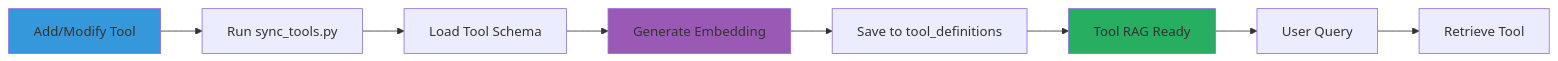
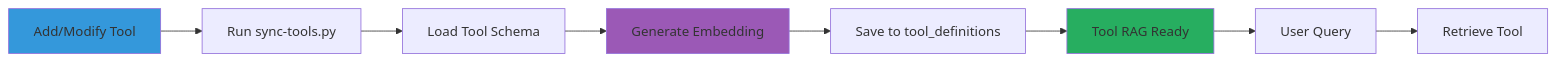
The sixth of 14 diagrams in docs/JARVIS_WORKFLOW.md (bigsk1/jarvis-voice), drawn with Mermaid before and after one commit. The commit also changed other lines of this file and 58 other files, not shown here.

````diff
--- a/docs/JARVIS_WORKFLOW.md
+++ b/docs/JARVIS_WORKFLOW.md
@@ -442,15 +442,15 @@
 ```mermaid
 graph LR
-    AddTool[Add/Modify Tool] --> SyncScript[Run sync_tools.py]
+    AddTool[Add/Modify Tool] --> SyncScript[Run sync-tools.py]
     SyncScript --> LoadSchema[Load Tool Schema]
     LoadSchema --> GenEmbed[Generate Embedding]
     GenEmbed --> SaveDB[Save to tool_definitions]
     SaveDB --> Ready[Tool RAG Ready]
     
     Ready --> Query[User Query]
     Query --> Retrieve[Retrieve Tool]
     
     style AddTool fill:#3498db
     style GenEmbed fill:#9b59b6
     style Ready fill:#27ae60
 ```
````
